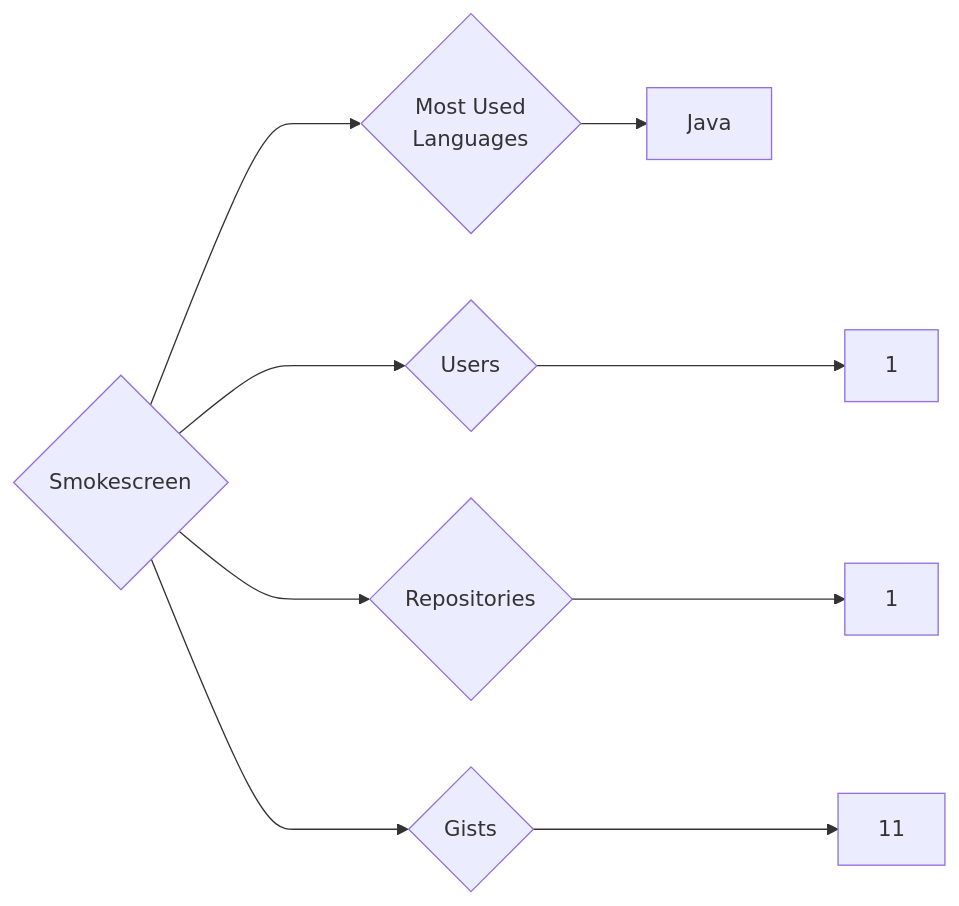
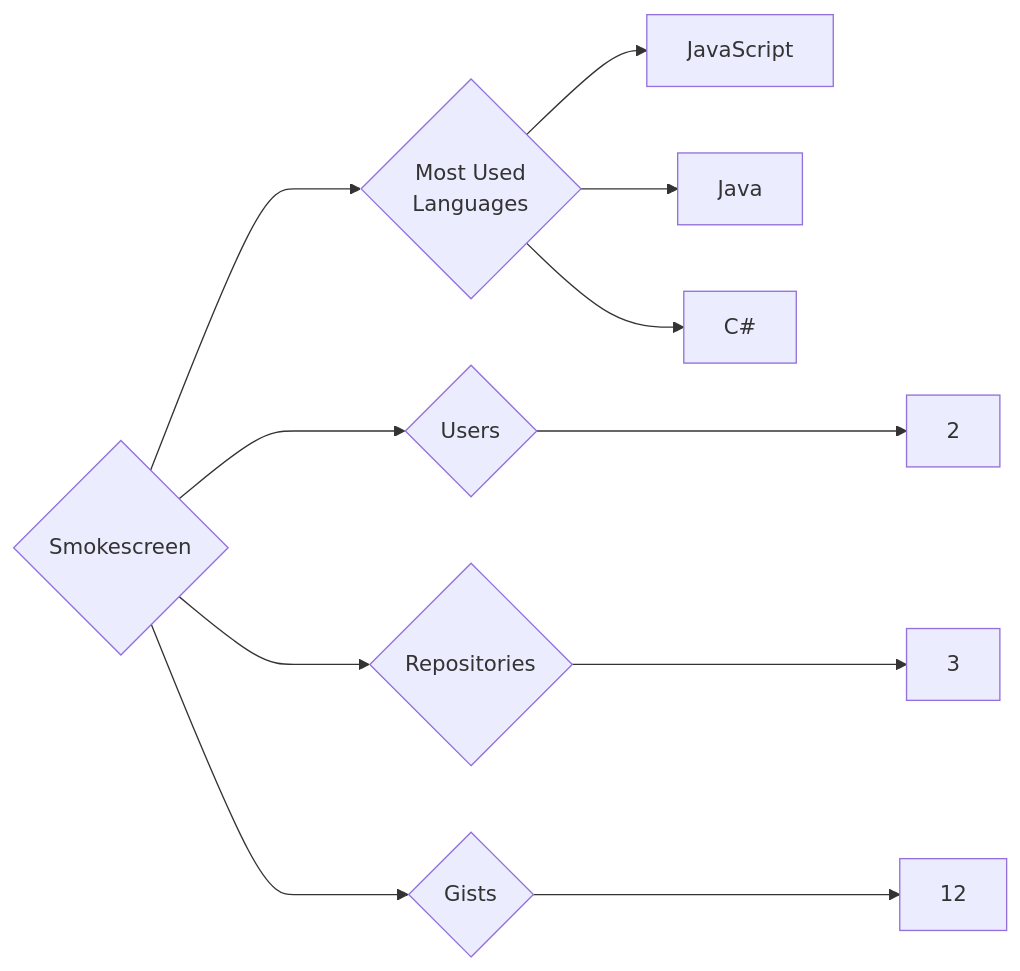
Before and after one commit to trickest/insiders: the diagram in targets/Smokescreen/README.md, drawn with Mermaid. The commit also changed 871 other files, not shown here.

````diff
--- a/targets/Smokescreen/README.md
+++ b/targets/Smokescreen/README.md
@@ -3,9 +3,11 @@
 ```mermaid
 graph LR
 COMPANY_NAME{Smokescreen}
-COMPANY_NAME ---> U{Users} ---> UN[1]
-COMPANY_NAME ---> R{Repositories} ---> RN[1]
-COMPANY_NAME ---> G{Gists} ---> GN[11]
+COMPANY_NAME ---> U{Users} ---> UN[2]
+COMPANY_NAME ---> R{Repositories} ---> RN[3]
+COMPANY_NAME ---> G{Gists} ---> GN[12]
 COMPANY_NAME ---> ML{Most Used<br>Languages}
+ML --> JavaScript[JavaScript]
 ML --> Java[Java]
+ML --> C#[C#]
 ```
````
